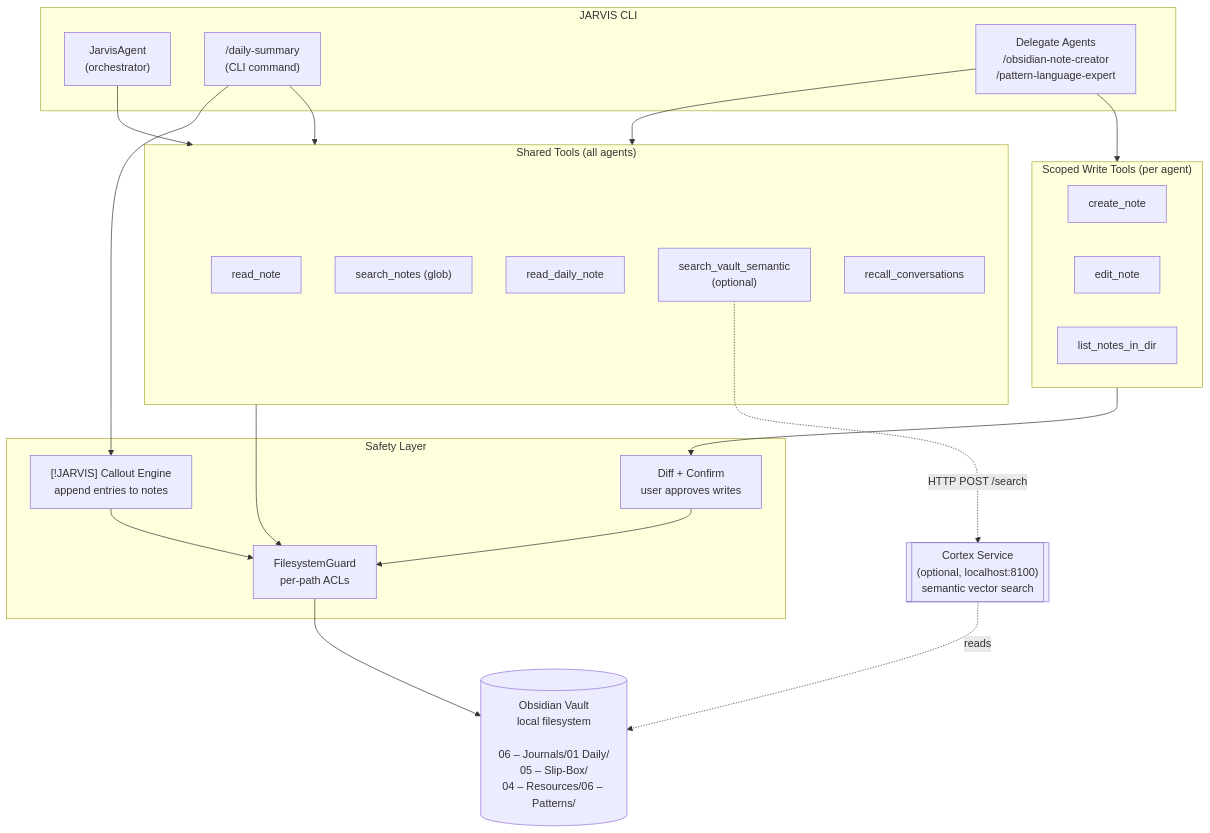
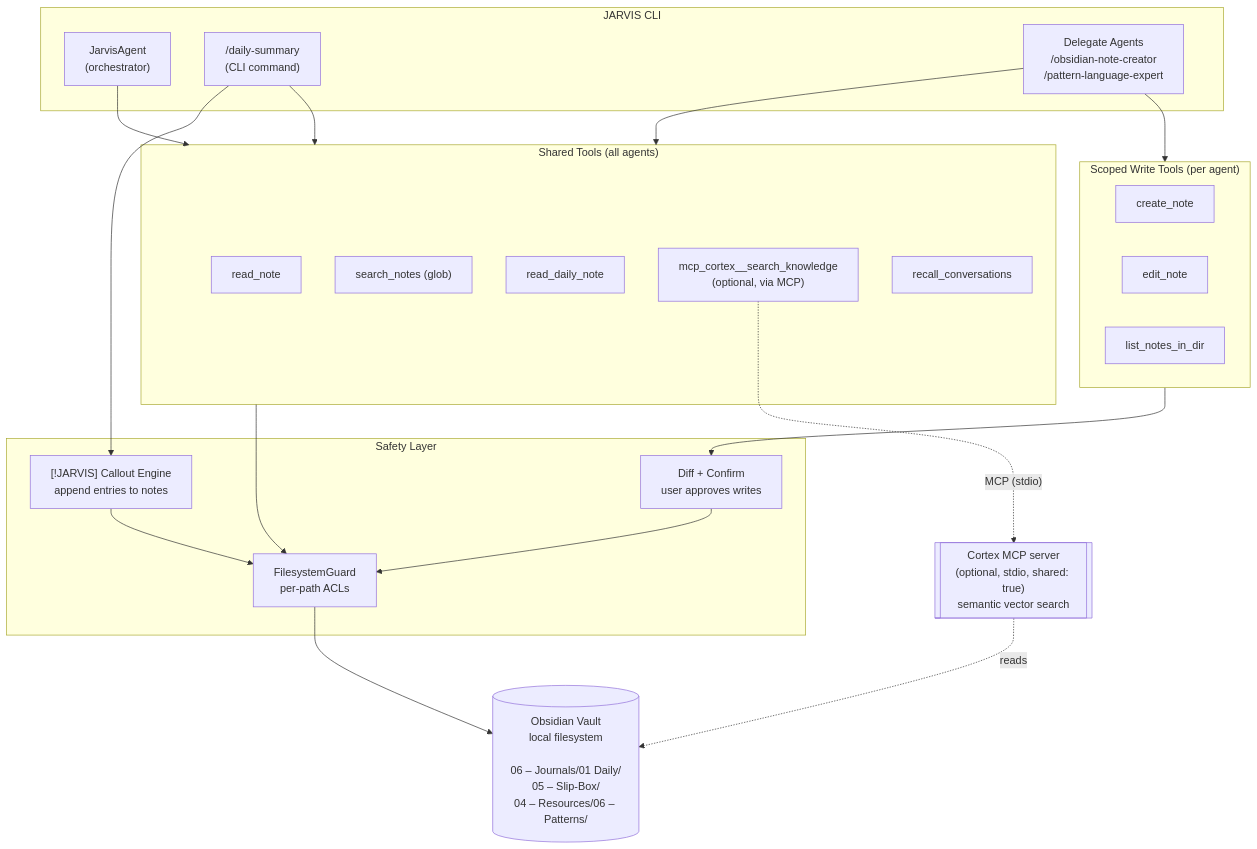
The diagram in docs/engineering/obsidian-integration.md (Cherubeam/jarvis), drawn with Mermaid before and after one commit. The commit also changed other lines of this file and 15 other files, not shown here.

````diff
--- a/docs/engineering/obsidian-integration.md
+++ b/docs/engineering/obsidian-integration.md
@@ -9,48 +9,48 @@
 ```mermaid
 flowchart TD
     subgraph CLI["JARVIS CLI"]
         ORCH["JarvisAgent<br/>(orchestrator)"]
         DAILY["/daily-summary<br/>(CLI command)"]
         DELEG["Delegate Agents<br/>/obsidian-note-creator<br/>/pattern-language-expert"]
     end
 
     subgraph SHARED["Shared Tools (all agents)"]
         READ["read_note"]
         SEARCH["search_notes (glob)"]
         DAILYR["read_daily_note"]
-        SEMSEARCH["search_vault_semantic<br/>(optional)"]
+        SEMSEARCH["mcp_cortex__search_knowledge<br/>(optional, via MCP)"]
         RECALL["recall_conversations"]
     end
 
     subgraph SCOPED["Scoped Write Tools (per agent)"]
         CREATE["create_note"]
         EDIT["edit_note"]
         LIST["list_notes_in_dir"]
     end
 
     subgraph SAFETY["Safety Layer"]
         GUARD["FilesystemGuard<br/>per-path ACLs"]
         DIFF["Diff + Confirm<br/>user approves writes"]
         CALLOUT["[!JARVIS] Callout Engine<br/>append entries to notes"]
     end
 
     VAULT[("Obsidian Vault<br/>local filesystem<br/><br/>06 – Journals/01 Daily/<br/>05 – Slip-Box/<br/>04 – Resources/06 – Patterns/")]
 
-    CORTEX[["Cortex Service<br/>(optional, localhost:8100)<br/>semantic vector search"]]
+    CORTEX[["Cortex MCP server<br/>(optional, stdio, shared: true)<br/>semantic vector search"]]
 
     ORCH --> SHARED
     DAILY --> SHARED
     DELEG --> SHARED
     DELEG --> SCOPED
 
     SHARED --> GUARD
     SCOPED --> DIFF
     DAILY --> CALLOUT
 
     GUARD --> VAULT
     DIFF --> GUARD
     CALLOUT --> GUARD
 
-    SEMSEARCH -.HTTP POST /search.-> CORTEX
+    SEMSEARCH -.MCP (stdio).-> CORTEX
     CORTEX -.reads.-> VAULT
 ```
````
